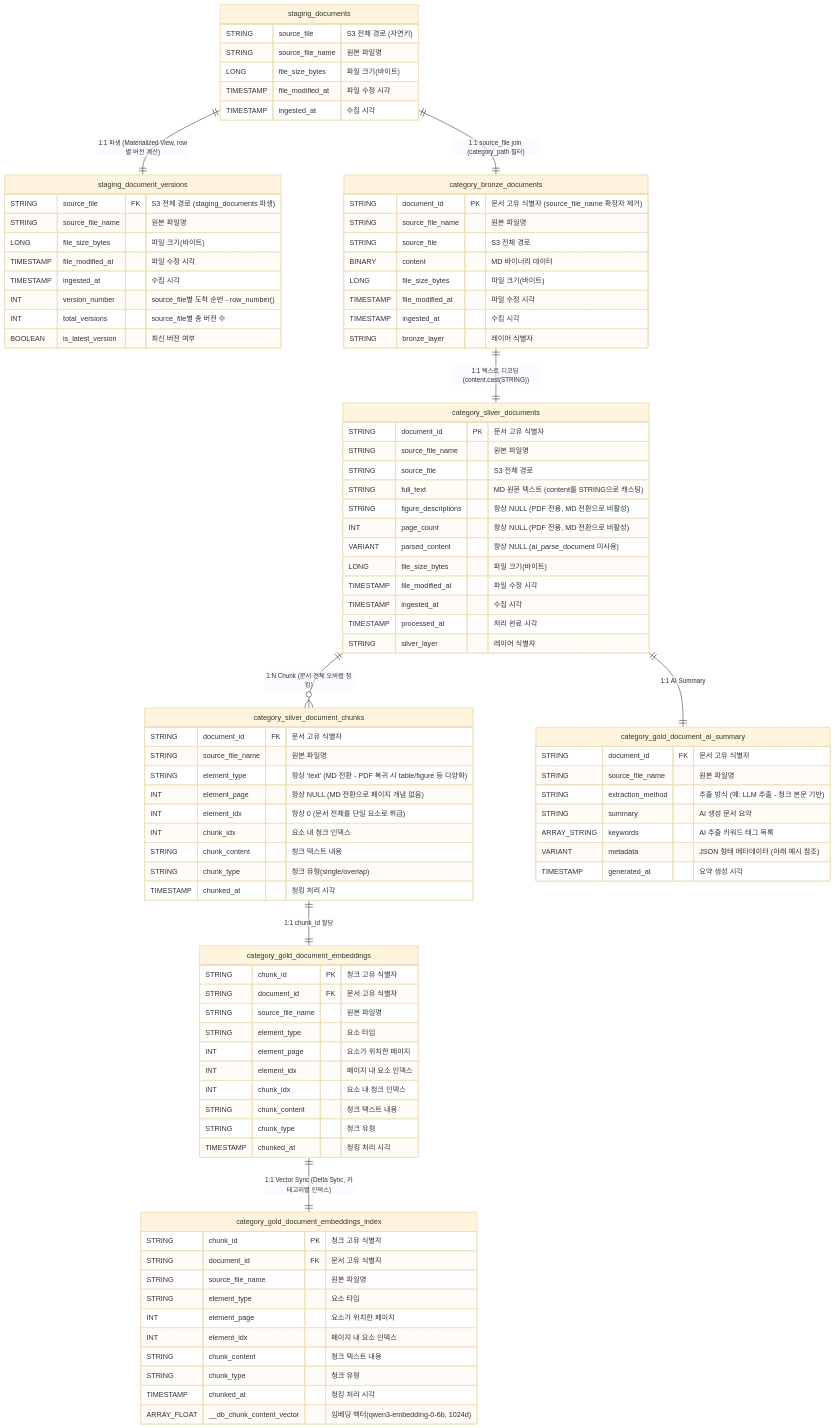
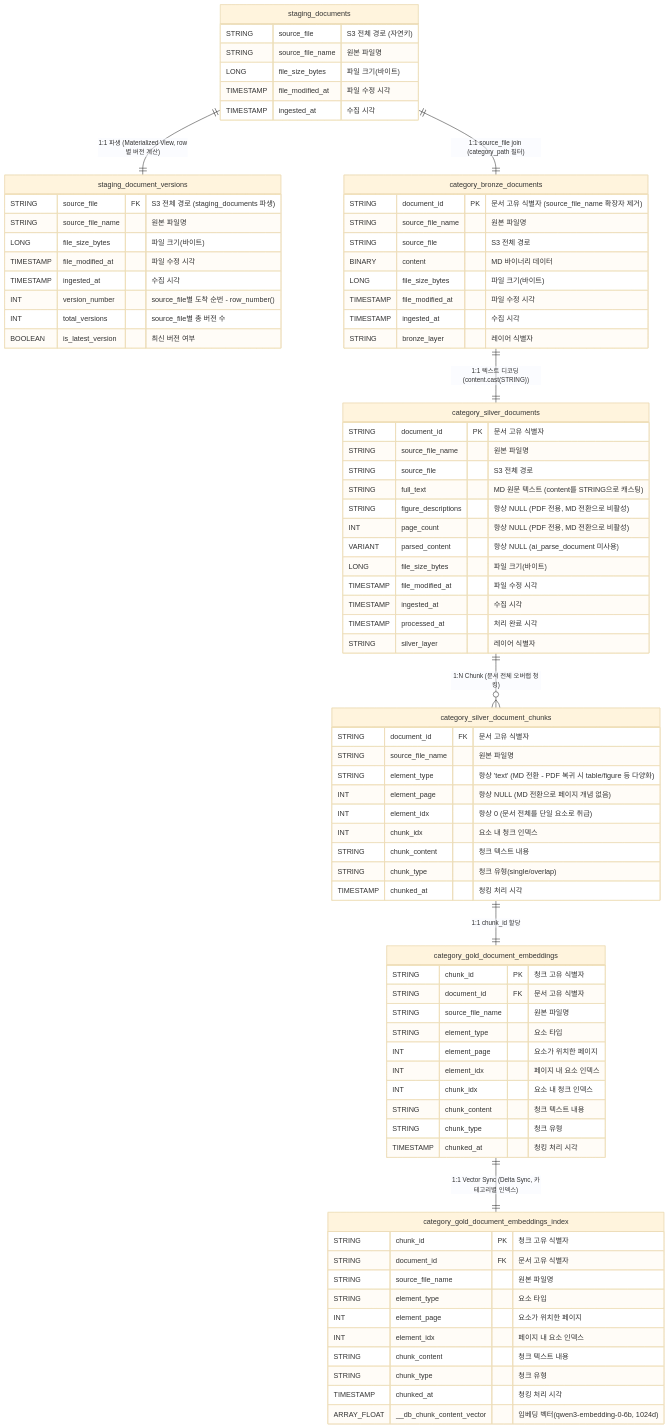
One commit to jhsv8212/ai-ready-data-pipeline changed the second of 3 diagrams in databricks-pipeline-sample/dev_haesung_pipeline_architecture.md. Above: the diagram before and after it, drawn with Mermaid (base theme). The commit also changed other lines of this file and 9 other files, not shown here.

````diff
--- a/databricks-pipeline-sample/dev_haesung_pipeline_architecture.md
+++ b/databricks-pipeline-sample/dev_haesung_pipeline_architecture.md
@@ -137,16 +131,6 @@
         TIMESTAMP chunked_at "청킹 처리 시각"
     }
 
-    category_gold_document_ai_summary {
-        STRING document_id FK "문서 고유 식별자"
-        STRING source_file_name "원본 파일명"
-        STRING extraction_method "추출 방식 (예: LLM 추출 - 청크 본문 기반)"
-        STRING summary "AI 생성 문서 요약"
-        ARRAY_STRING keywords "AI 추출 키워드 태그 목록"
-        VARIANT metadata "JSON 형태 메타데이터 (아래 예시 참조)"
-        TIMESTAMP generated_at "요약 생성 시각"
-    }
-
     category_gold_document_embeddings {
         STRING chunk_id PK "청크 고유 식별자"
         STRING document_id FK "문서 고유 식별자"
@@ -177,7 +161,6 @@
     staging_documents ||--|| category_bronze_documents : "1:1 source_file join (category_path 필터)"
     category_bronze_documents ||--|| category_silver_documents : "1:1 텍스트 디코딩 (content.cast(STRING))"
     category_silver_documents ||--o{ category_silver_document_chunks : "1:N Chunk (문서 전체 오버랩 청킹)"
-    category_silver_documents ||--|| category_gold_document_ai_summary : "1:1 AI Summary"
     category_silver_document_chunks ||--|| category_gold_document_embeddings : "1:1 chunk_id 할당"
     category_gold_document_embeddings ||--|| category_gold_document_embeddings_index : "1:1 Vector Sync (Delta Sync, 카테고리별 인덱스)"
 ```
````
